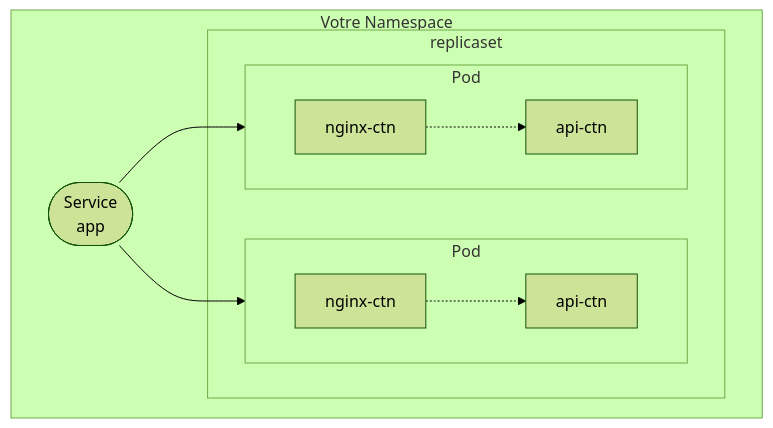
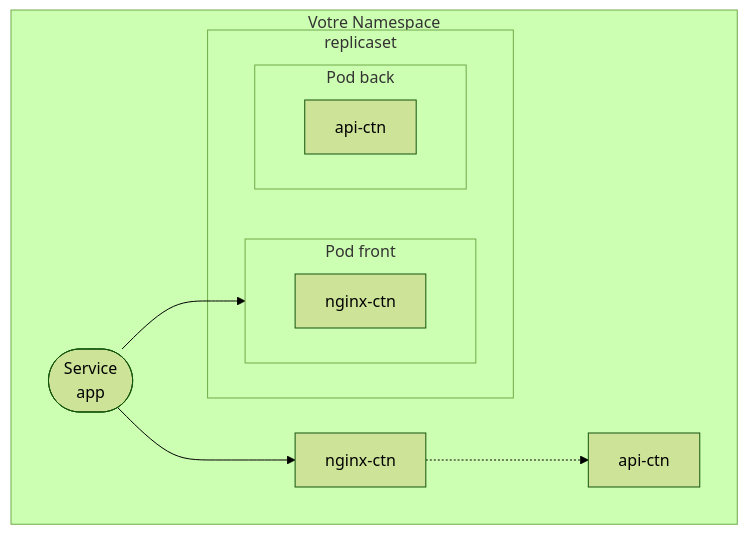
The diagram in tds/4_kubernetes.md (JeromeMSD/module_virtualisation-et-cloud-computing), drawn with Mermaid (forest theme) before and after one commit. The commit also changed other lines of this file, not shown here.

````diff
--- a/tds/4_kubernetes.md
+++ b/tds/4_kubernetes.md
@@ -251,21 +274,22 @@
 ```mermaid
 graph LR
     subgraph "Votre Namespace"
     direction LR
     subgraph dep["replicaset"]
-    subgraph graph["Pod"]
+    subgraph graph["Pod front"]
       direction LR
-      nginx-ctn -.-> api-ctn 
+      nginx-ctn
     end
-    subgraph graph2[Pod]
+    subgraph graph2[Pod back]
       direction LR
-      ctn21[nginx-ctn] -.-> ctn22[api-ctn]
+      api-ctn
     end
     end
       A(["Service 
           app"]) 
       
+      ctn21[nginx-ctn] -.-> ctn22[api-ctn]
       A --> nginx-ctn
       A --> ctn21
     end
 ```
````
